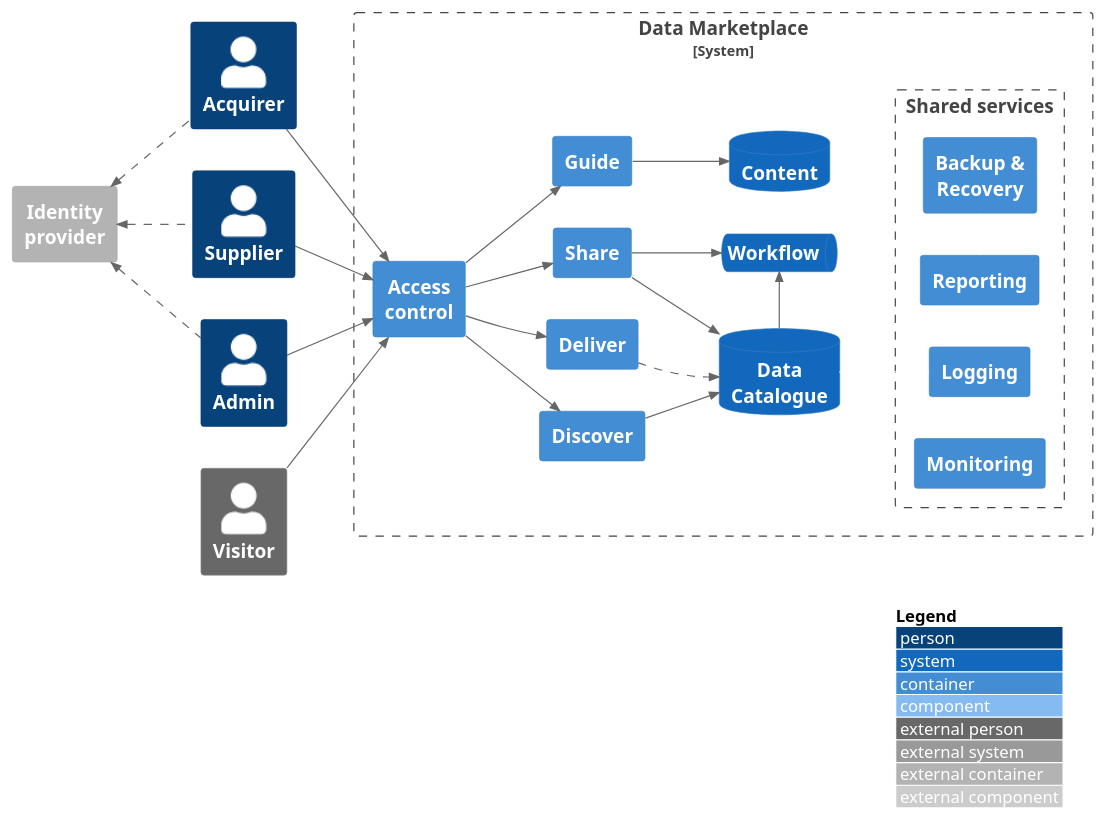
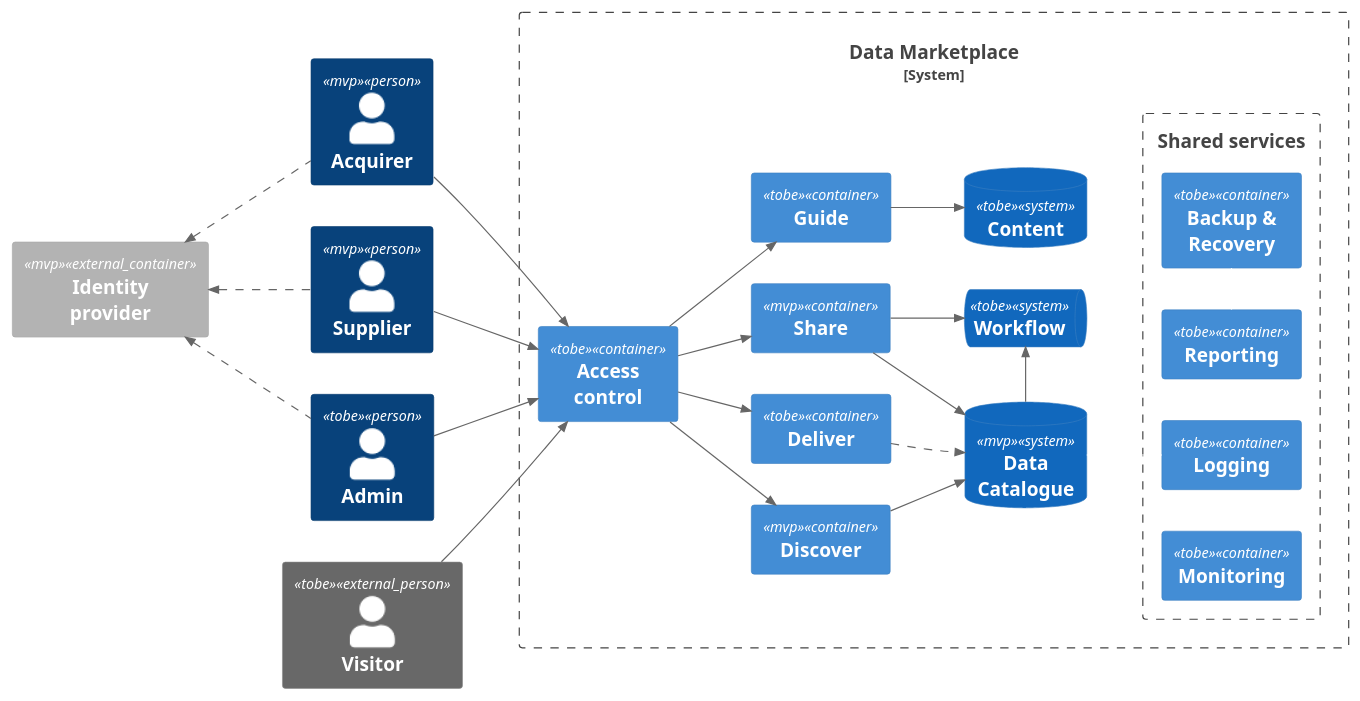
The diagram in data-marketplace/dm-c4-container.puml (co-cddo/data-architecture), drawn with PlantUML before and after one commit. The commit also changed 2 other files, not shown here.

Commit message:
Update file(s) "/." from "co-cddo/data-architecture-r"

```diff
--- a/data-marketplace/dm-c4-container.puml
+++ b/data-marketplace/dm-c4-container.puml
@@ -1,65 +1,65 @@
 @startuml dm-c4-container 
 !include <C4/C4_Container>
 !include <C4/C4_Component>
 left to right direction
 
   'title C4 Container diagram for Data Marketplace
   
   AddRelTag("dashed", $lineStyle=DashedLine())
 
   Person(acquirer, "Acquirer", "", $tags="mvp")
   Person(supplier, "Supplier", "", $tags="mvp")
   Person(admin, "Admin", "", $tags="tobe")
 
   Person_Ext(visitor, "Visitor", "", $tags="tobe")
 
   Container_Ext(idp, "Identity\nprovider", "", $tags="mvp")
 
   System_Boundary(dm, "Data Marketplace") {
   
     Container(am, "Access\ncontrol", "", $tags="tobe")
     Container(discover, "Discover", "", $tags="mvp")
     Container(share, "Share", "", $tags="mvp")
     Container(deliver, "Deliver", "", $tags="tobe") 
     Container(guide, "Guide", "", $tags="tobe") 
     SystemDb(catalog, "Data\nCatalogue", "", $tags="mvp")
     SystemQueue(workflow, "Workflow", $tags="tobe")
     SystemDb(cms, "Content", $tags="tobe")
 
     Boundary(common, "Shared services") {
       Container(logging, "Logging", "", $tags="tobe")
       Container(monitoring, "Monitoring", "", $tags="tobe")
       Container(reporting, "Reporting", "", $tags="tobe")  
       Container(backup, "Backup &\nRecovery", "", $tags="tobe")     
     }
     catalog -[#hidden]- logging 
     reporting -[#hidden] backup
   }
 
   Rel_U(supplier, idp, "", $tags="dashed")
   Rel_U(acquirer, idp, "", $tags="dashed")
   Rel_U(admin, idp, "", $tags="dashed")
   
   Rel(supplier, am, "")
   Rel(acquirer, am, "")
   Rel(admin, am, "")
   Rel(visitor, am, "")
 
   Rel(am, discover, "")
   Rel(am, share, "")
   Rel(am, deliver, "")
   Rel(am, guide, "")
 
   Rel(discover, catalog, "")
   Rel(share, catalog, "")
   Rel(deliver, catalog, "", $tags="dashed")
   
   Rel(share, workflow, "")
   Rel_R(catalog, workflow, "")
 
   Rel(guide, cms, "")
 
-  LAYOUT_WITH_LEGEND()
+  'LAYOUT_WITH_LEGEND()
   'HIDE_STEREOTYPE()
 
 @enduml
```
